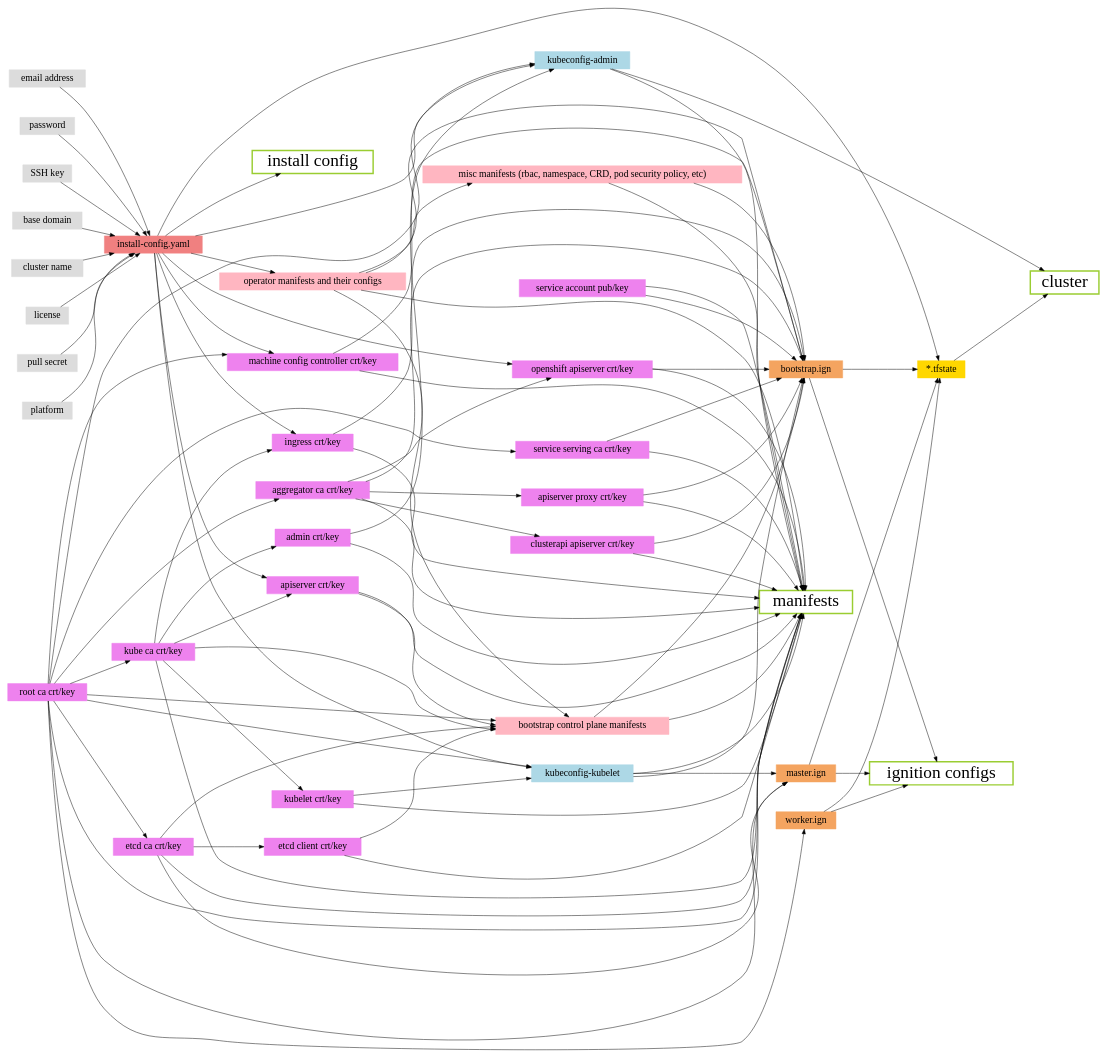
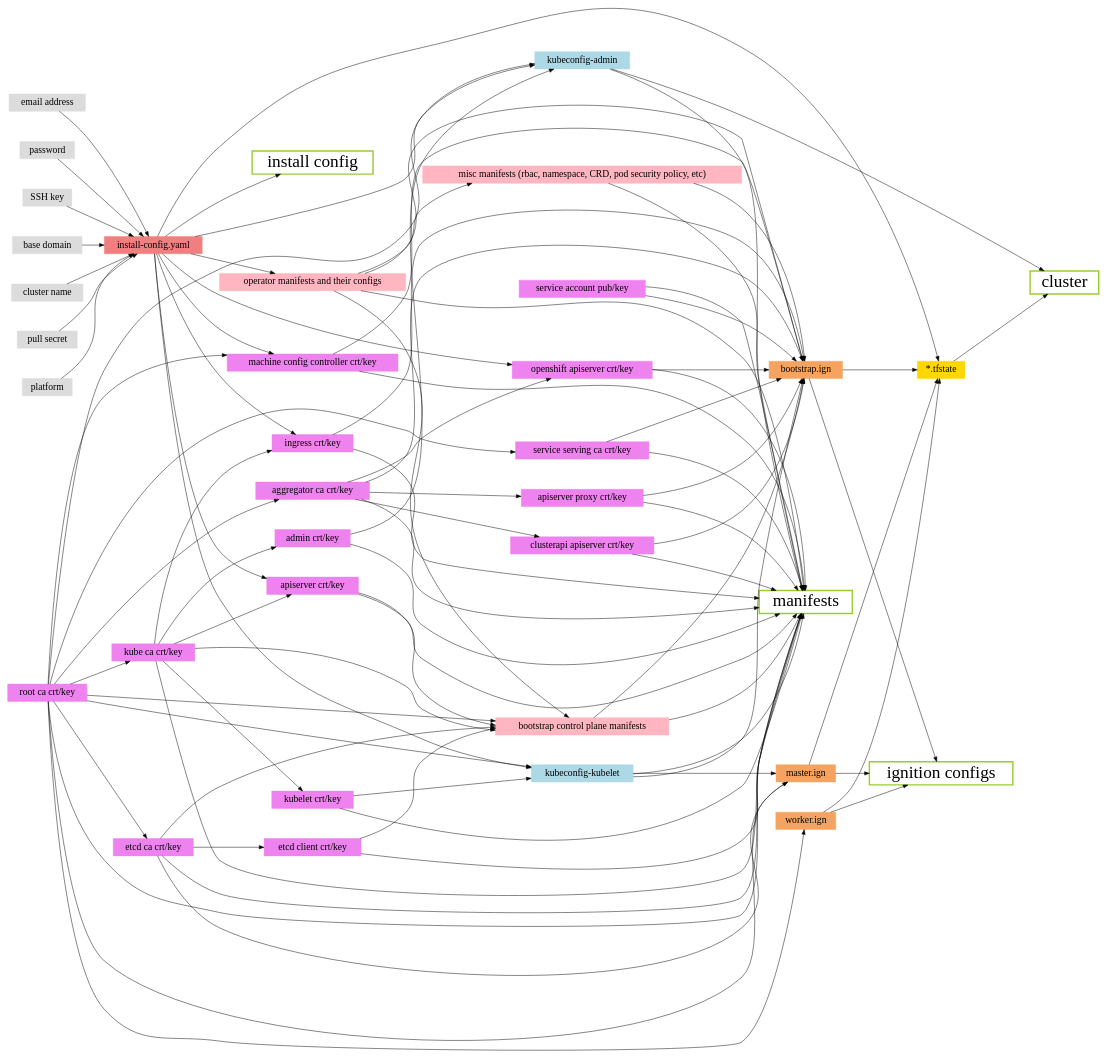
Before and after one commit to openshift/installer: the diagram in Documentation/design/resource_dep.dot, drawn with Graphviz. The commit also changed 27 other files, not shown here.

```diff
--- a/Documentation/design/resource_dep.dot
+++ b/Documentation/design/resource_dep.dot
@@ -18,7 +18,6 @@
     node [shape=rectangle,style=filled,color=gainsboro];
     base_domain [label="base domain"];
     cluster_name [label="cluster name"];
-    license [label="license"];
     pull_secret [label="pull secret"];
     platform [label="platform"];
     email_address [label="email address"];
@@ -93,7 +92,6 @@
   platform -> install_config;
   email_address -> install_config;
   pull_secret -> install_config;
-  license -> install_config;
   cluster_name -> install_config;
   base_domain -> install_config;
 
```
